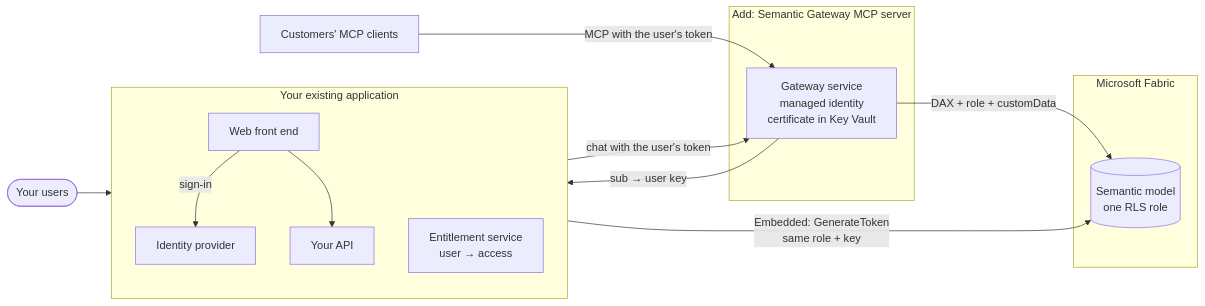
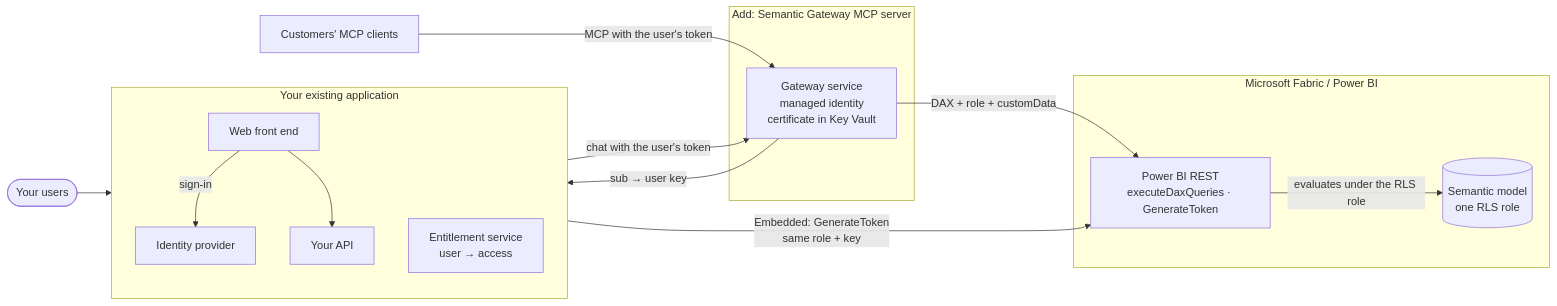
One commit to bgbailey/fabric-iq-app-identity-rls changed the second of 3 diagrams in docs/architecture.md. Above: the diagram before and after it, drawn with Mermaid.

Commit message:
docs: route app-integration diagram through Power BI REST
The gateway and Embedded path call Power BI REST (executeDaxQueries,
GenerateToken); Power BI evaluates the query against the semantic model
under the RLS role. The diagram previously drew a direct arrow to the model.

````diff
--- a/docs/architecture.md
+++ b/docs/architecture.md
@@ -74,31 +74,33 @@
 ```mermaid
 flowchart LR
     U(["Your users"])
 
     subgraph EXIST["Your existing application"]
         direction TB
         FE["Web front end"]
         API["Your API"]
         IDP["Identity provider"]
         ENT["Entitlement service<br/>user → access"]
     end
 
     subgraph NEW["Add: Semantic Gateway MCP server"]
         GW["Gateway service<br/>managed identity<br/>certificate in Key Vault"]
     end
 
     EXT["Customers' MCP clients"]
 
-    subgraph FAB["Microsoft Fabric"]
+    subgraph FAB["Microsoft Fabric / Power BI"]
+        REST["Power BI REST<br/>executeDaxQueries · GenerateToken"]
         SM[("Semantic model<br/>one RLS role")]
+        REST -- "evaluates under the RLS role" --> SM
     end
 
     U --> FE
     FE -- "sign-in" --> IDP
     FE --> API
     FE -- "chat with the user's token" --> GW
     EXT -- "MCP with the user's token" --> GW
     GW -- "sub → user key" --> ENT
-    GW -- "DAX + role + customData" --> SM
-    API -- "Embedded: GenerateToken<br/>same role + key" --> SM
+    GW -- "DAX + role + customData" --> REST
+    API -- "Embedded: GenerateToken<br/>same role + key" --> REST
 ```
````
